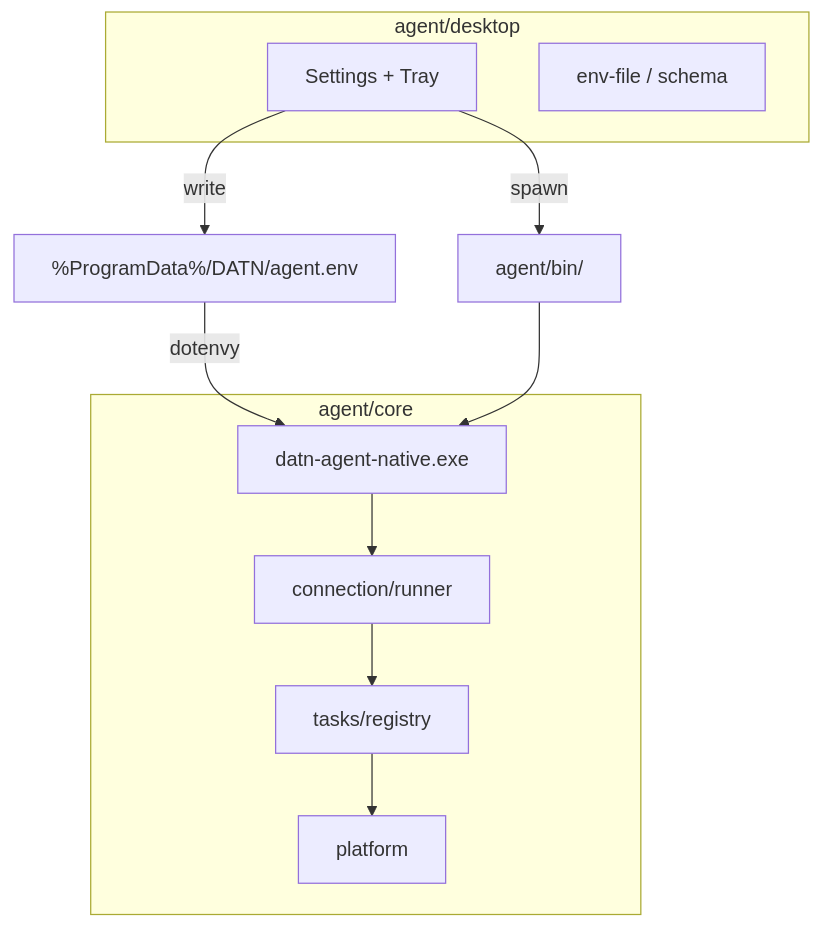
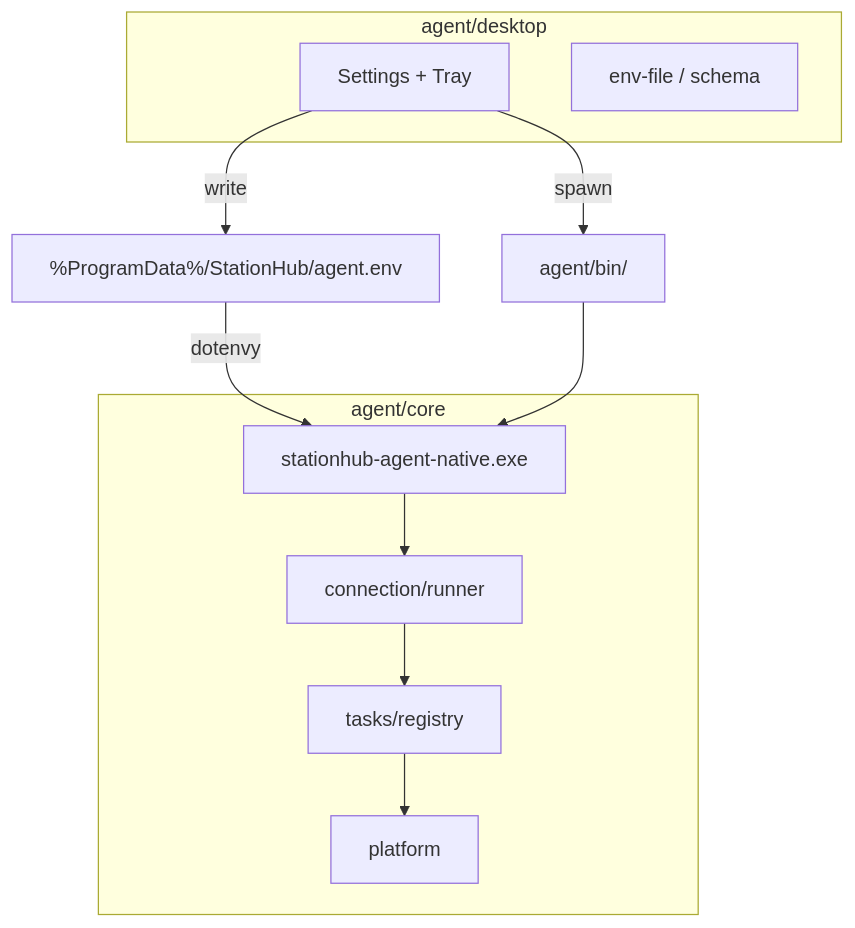
Before and after one commit to Daviseraaa/tdoan_remote_datn: the diagram in agent/docs/architecture.md, drawn with Mermaid. The commit also changed other lines of this file and 376 other files, not shown here.

````diff
--- a/agent/docs/architecture.md
+++ b/agent/docs/architecture.md
@@ -11,25 +11,25 @@
 ```mermaid
 flowchart TB
   subgraph desktop_pkg [agent/desktop]
     UI[Settings + Tray]
     EnvIO[env-file / schema]
   end
 
   subgraph core_pkg [agent/core]
-    EXE[datn-agent-native.exe]
+    EXE[stationhub-agent-native.exe]
     CONN[connection/runner]
     TASKS[tasks/registry]
     PLAT[platform]
   end
 
-  CFG["%ProgramData%/DATN/agent.env"]
+  CFG["%ProgramData%/StationHub/agent.env"]
   BIN[agent/bin/]
 
   UI -->|write| CFG
   UI -->|spawn| BIN
   CFG -->|dotenvy| EXE
   BIN --> EXE
   EXE --> CONN
   CONN --> TASKS
   TASKS --> PLAT
 ```
````
